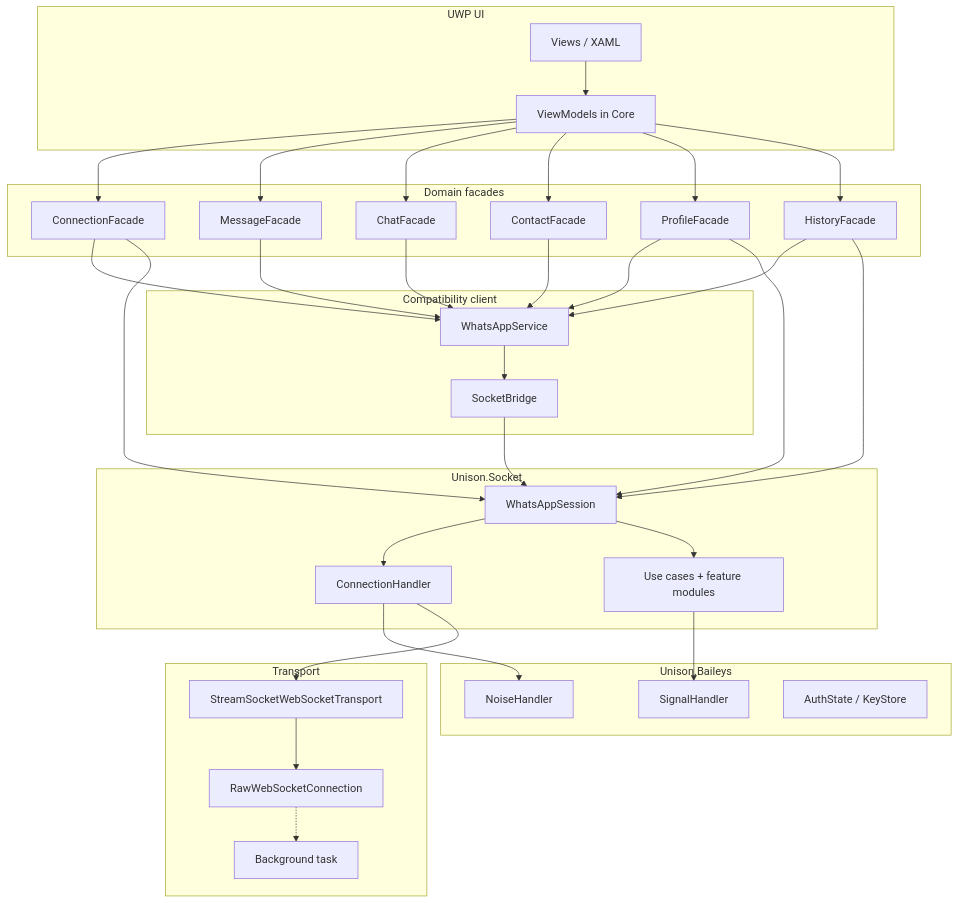
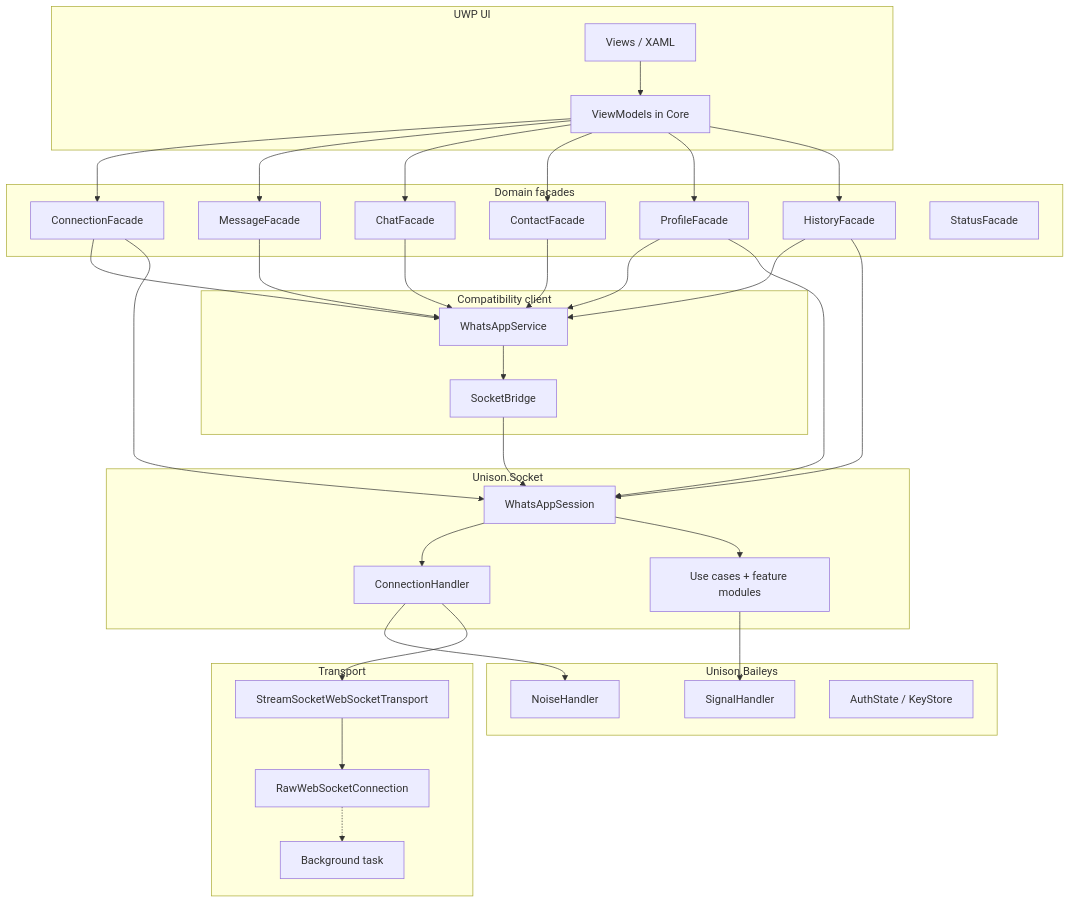
One commit to MaskNinjaSquared/Unison changed the second of 2 diagrams in docs/wiki/Architecture.md. Above: the diagram before and after it, drawn with Mermaid. The commit also changed other lines of this file and 197 other files, not shown here.

First line of the commit message:
Ship Status, SQLite timeline, and chat-info People/media work after jump-to-bottom.

````diff
--- a/docs/wiki/Architecture.md
+++ b/docs/wiki/Architecture.md
@@ -44,53 +44,54 @@
 ```mermaid
 flowchart TB
     subgraph ui [UWP UI]
         Views[Views / XAML]
         VMs[ViewModels in Core]
     end
 
     subgraph domain [Domain facades]
         Conn[ConnectionFacade]
         Msg[MessageFacade]
         Chat[ChatFacade]
         Contact[ContactFacade]
         Profile[ProfileFacade]
         History[HistoryFacade]
+        Status[StatusFacade]
     end
 
     subgraph client [Compatibility client]
         WA[WhatsAppService]
         Bridge[SocketBridge]
     end
 
     subgraph socket [Unison.Socket]
         Session[WhatsAppSession]
         Handler[ConnectionHandler]
         UC[Use cases + feature modules]
     end
 
     subgraph proto [Unison.Baileys]
         Noise[NoiseHandler]
         Signal[SignalHandler]
         Auth[AuthState / KeyStore]
     end
 
     subgraph wire [Transport]
         WS[StreamSocketWebSocketTransport]
         Raw[RawWebSocketConnection]
         Broker[Background task]
     end
 
     Views --> VMs
     VMs --> Conn & Msg & Chat & Contact & Profile & History
     Conn & Msg & Chat & Contact & Profile & History --> WA
     Conn & Profile & History --> Session
     WA --> Bridge
     Bridge --> Session
     Session --> Handler
     Session --> UC
     Handler --> Noise
     UC --> Signal
     Handler --> WS
     WS --> Raw
     Raw -.-> Broker
 ```
````
